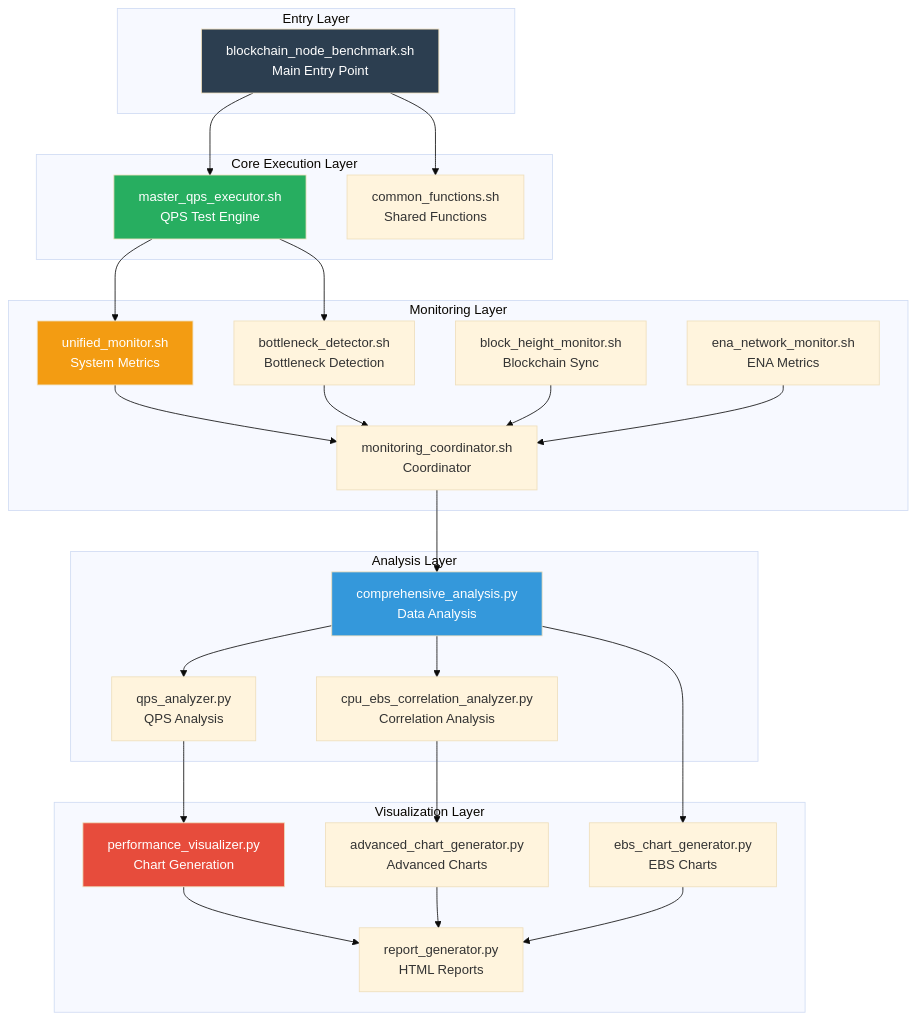
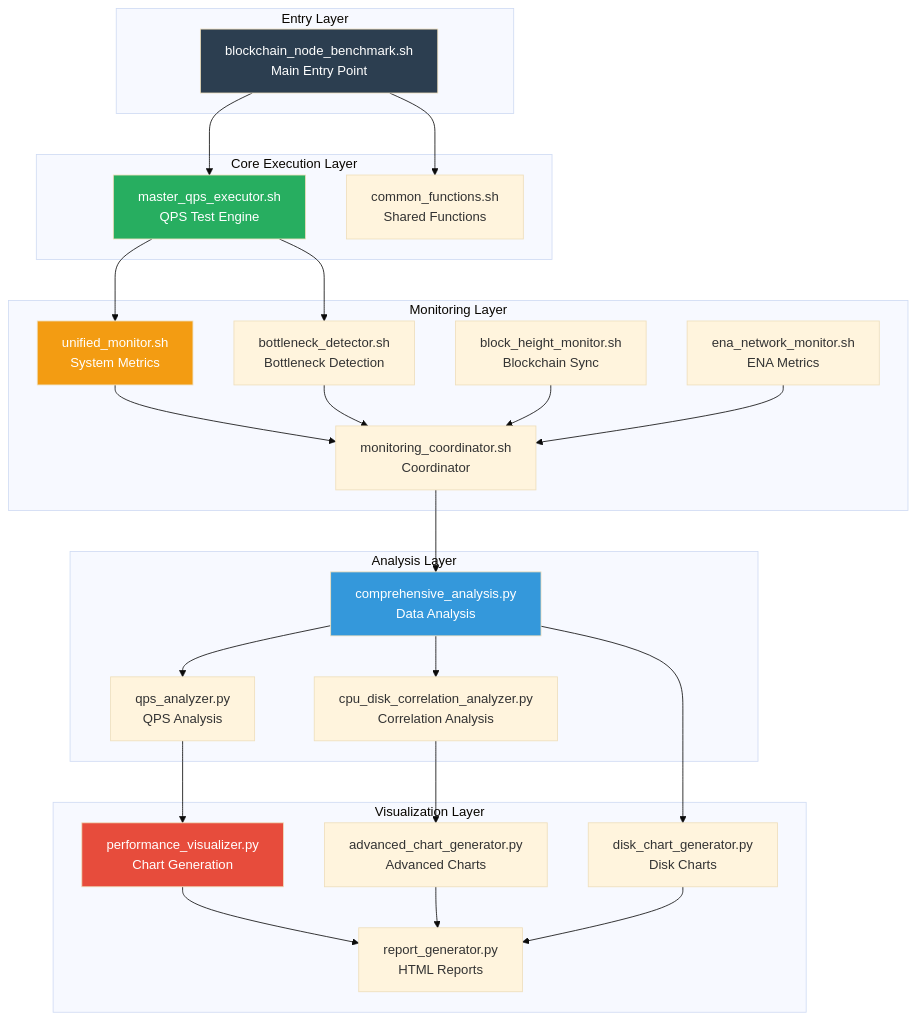
The first of 10 diagrams in docs/architecture-overview.md (StayHungryStayFoolish/blockchain-node-benchmark), drawn with Mermaid (base theme) before and after one commit. The commit also changed other lines of this file and 77 other files, not shown here.

````diff
--- a/docs/architecture-overview.md
+++ b/docs/architecture-overview.md
@@ -7,56 +7,56 @@
 ```mermaid
 graph TB
     subgraph "Entry Layer"
         A[blockchain_node_benchmark.sh<br/>Main Entry Point]
     end
     
     subgraph "Core Execution Layer"
         B[master_qps_executor.sh<br/>QPS Test Engine]
         C[common_functions.sh<br/>Shared Functions]
     end
     
     subgraph "Monitoring Layer"
         D[unified_monitor.sh<br/>System Metrics]
         E[bottleneck_detector.sh<br/>Bottleneck Detection]
         F[monitoring_coordinator.sh<br/>Coordinator]
         G[block_height_monitor.sh<br/>Blockchain Sync]
         H[ena_network_monitor.sh<br/>ENA Metrics]
     end
     
     subgraph "Analysis Layer"
         I[comprehensive_analysis.py<br/>Data Analysis]
         J[qps_analyzer.py<br/>QPS Analysis]
-        K[cpu_ebs_correlation_analyzer.py<br/>Correlation Analysis]
+        K[cpu_disk_correlation_analyzer.py<br/>Correlation Analysis]
     end
     
     subgraph "Visualization Layer"
         L[performance_visualizer.py<br/>Chart Generation]
         M[advanced_chart_generator.py<br/>Advanced Charts]
-        N[ebs_chart_generator.py<br/>EBS Charts]
+        N[disk_chart_generator.py<br/>Disk Charts]
         O[report_generator.py<br/>HTML Reports]
     end
     
     A --> B
     A --> C
     B --> D
     B --> E
     D --> F
     E --> F
     G --> F
     H --> F
     F --> I
     I --> J
     I --> K
     J --> L
     K --> M
     I --> N
     L --> O
     M --> O
     N --> O
     
     style A fill:#2C3E50,color:#fff
     style B fill:#27AE60,color:#fff
     style D fill:#F39C12,color:#fff
     style I fill:#3498DB,color:#fff
     style L fill:#E74C3C,color:#fff
 ```
````
